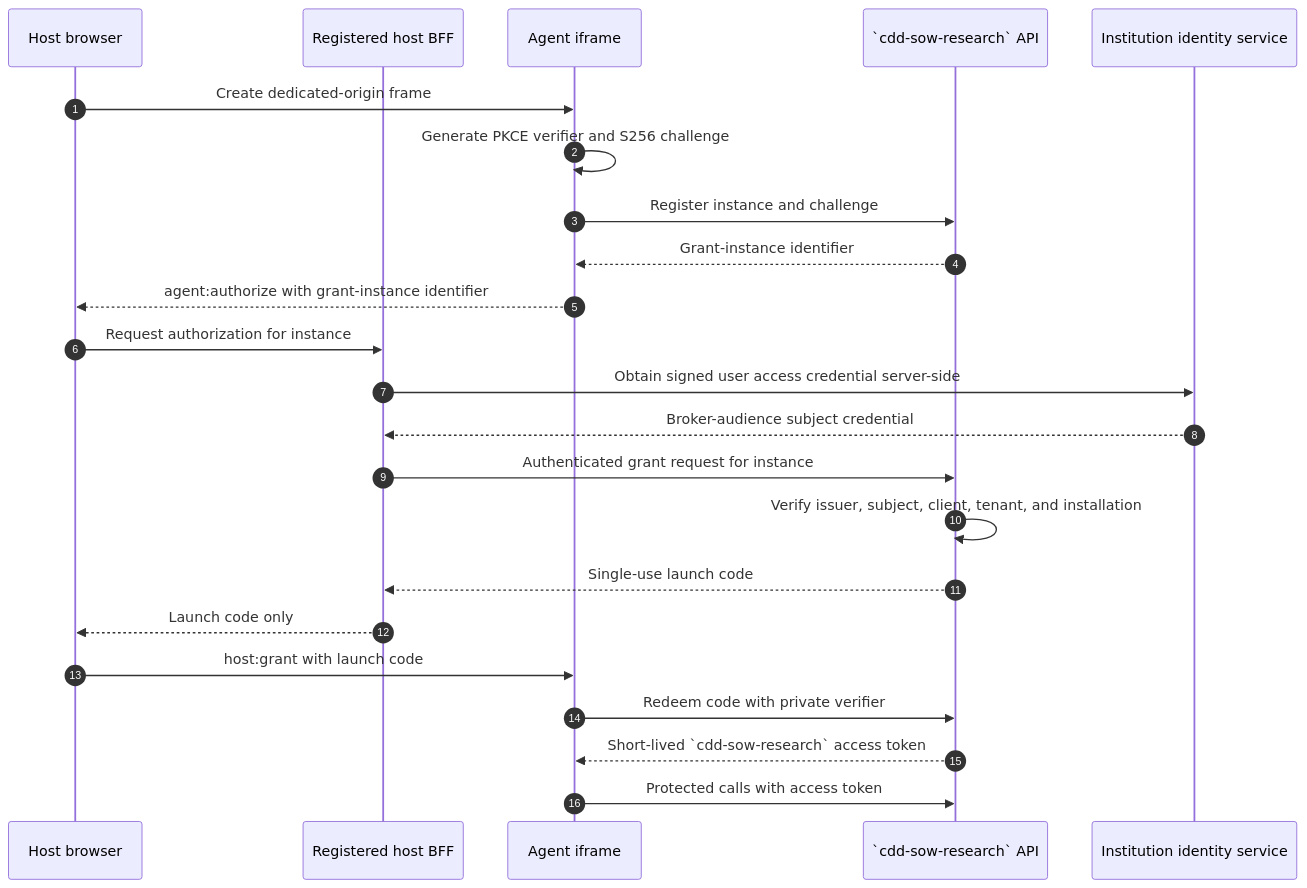
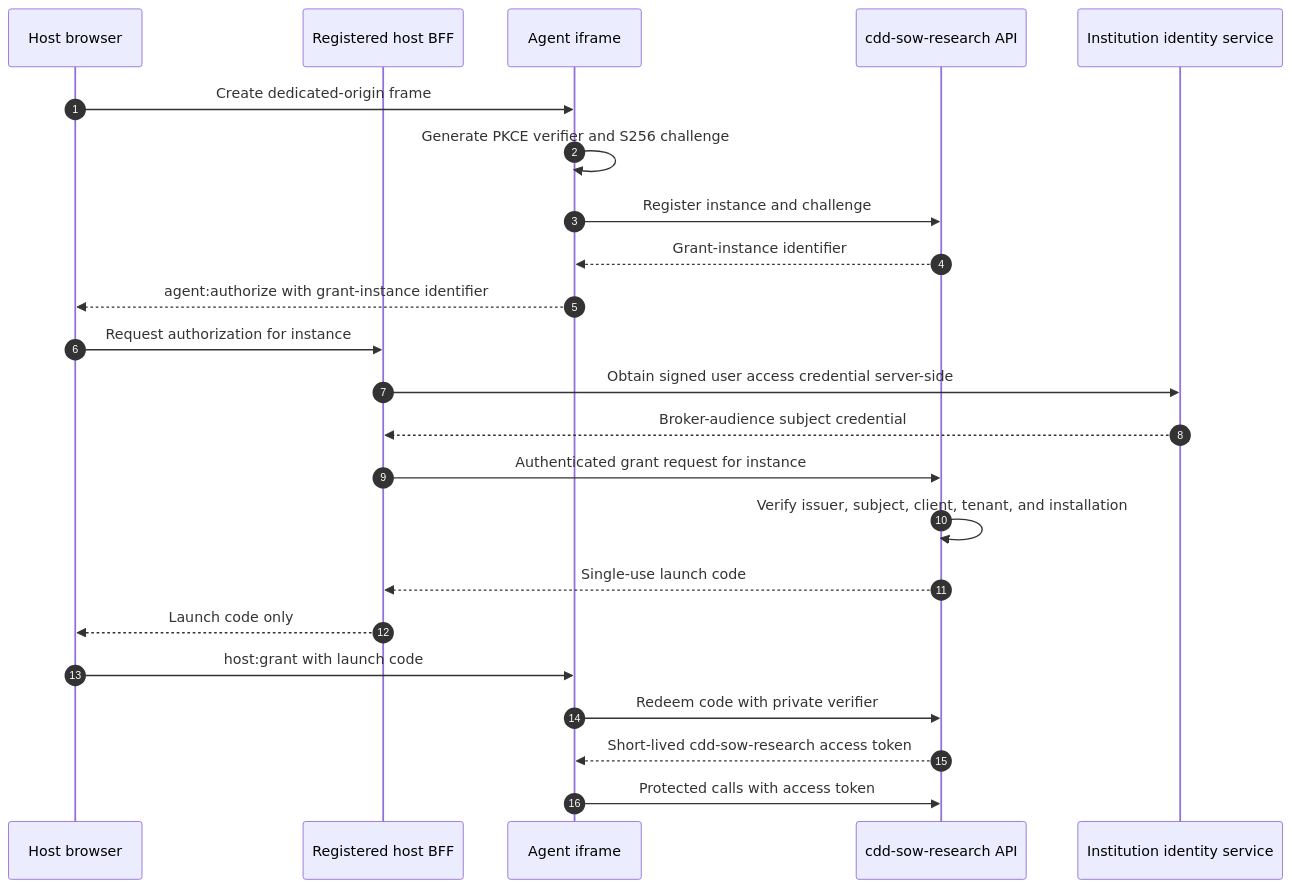
The diagram in docs/embedding-and-identity.md (portable-genai/cdd-sow-research), drawn with Mermaid before and after one commit. The commit also changed 24 other files, not shown here.

````diff
--- a/docs/embedding-and-identity.md
+++ b/docs/embedding-and-identity.md
@@ -737,26 +737,26 @@
 ```mermaid
 sequenceDiagram
   autonumber
   participant H as Host browser
   participant B as Registered host BFF
   participant F as Agent iframe
-  participant A as `cdd-sow-research` API
+  participant A as cdd-sow-research API
   participant I as Institution identity service
 
   H->>F: Create dedicated-origin frame
   F->>F: Generate PKCE verifier and S256 challenge
   F->>A: Register instance and challenge
   A-->>F: Grant-instance identifier
   F-->>H: agent:authorize with grant-instance identifier
   H->>B: Request authorization for instance
   B->>I: Obtain signed user access credential server-side
   I-->>B: Broker-audience subject credential
   B->>A: Authenticated grant request for instance
   A->>A: Verify issuer, subject, client, tenant, and installation
   A-->>B: Single-use launch code
   B-->>H: Launch code only
   H->>F: host:grant with launch code
   F->>A: Redeem code with private verifier
-  A-->>F: Short-lived `cdd-sow-research` access token
+  A-->>F: Short-lived cdd-sow-research access token
   F->>A: Protected calls with access token
 ```
````
